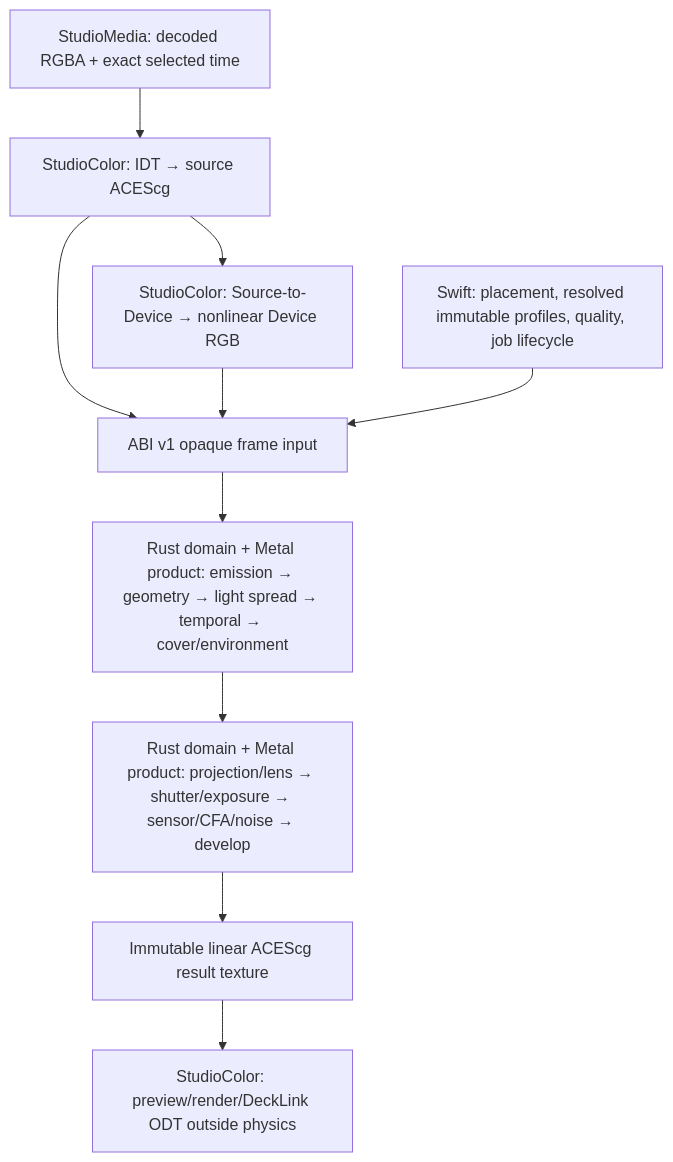
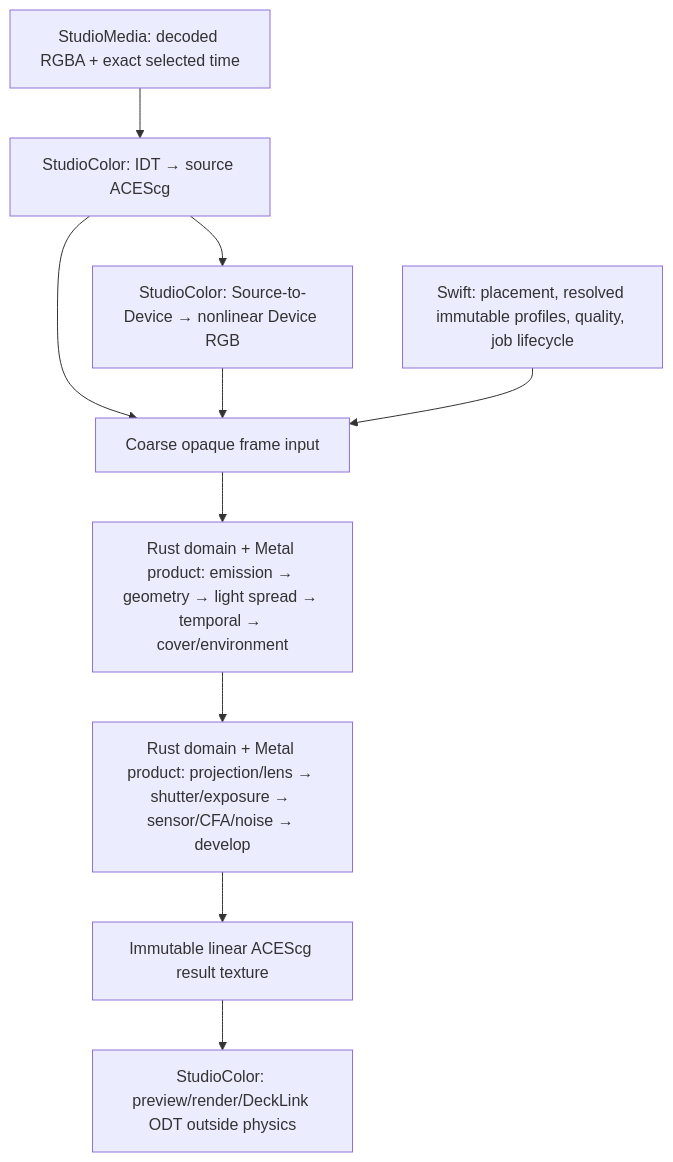
The second of 2 diagrams in Docs/NATIVE_PHYSICAL_PARITY_AUDIT.md (jtorrens/screen-simulation), drawn with Mermaid before and after one commit. The commit also changed other lines of this file and 5 other files, not shown here.

````diff
--- a/Docs/NATIVE_PHYSICAL_PARITY_AUDIT.md
+++ b/Docs/NATIVE_PHYSICAL_PARITY_AUDIT.md
@@ -77,12 +77,12 @@
 ```mermaid
 flowchart TD
     M["StudioMedia: decoded RGBA + exact selected time"] --> SC1["StudioColor: IDT → source ACEScg"]
     SC1 --> SC2["StudioColor: Source-to-Device → nonlinear Device RGB"]
-    SC1 --> ABI["ABI v1 opaque frame input"]
+    SC1 --> ABI["Coarse opaque frame input"]
     SC2 --> ABI
     P["Swift: placement, resolved immutable profiles, quality, job lifecycle"] --> ABI
     ABI --> SCREEN["Rust domain + Metal product: emission → geometry → light spread → temporal → cover/environment"]
     SCREEN --> CAP["Rust domain + Metal product: projection/lens → shutter/exposure → sensor/CFA/noise → develop"]
     CAP --> R["Immutable linear ACEScg result texture"]
     R --> VIEW["StudioColor: preview/render/DeckLink ODT outside physics"]
 ```
````
